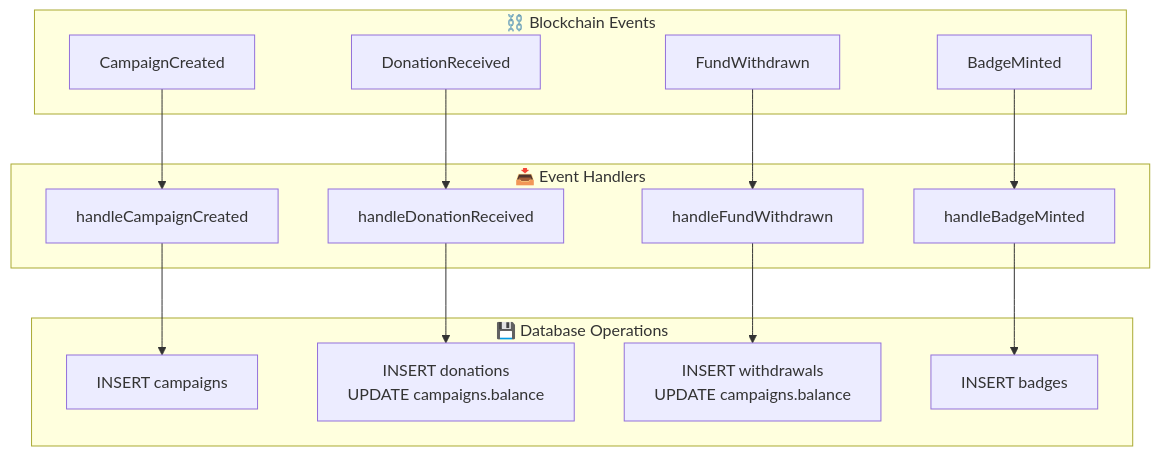
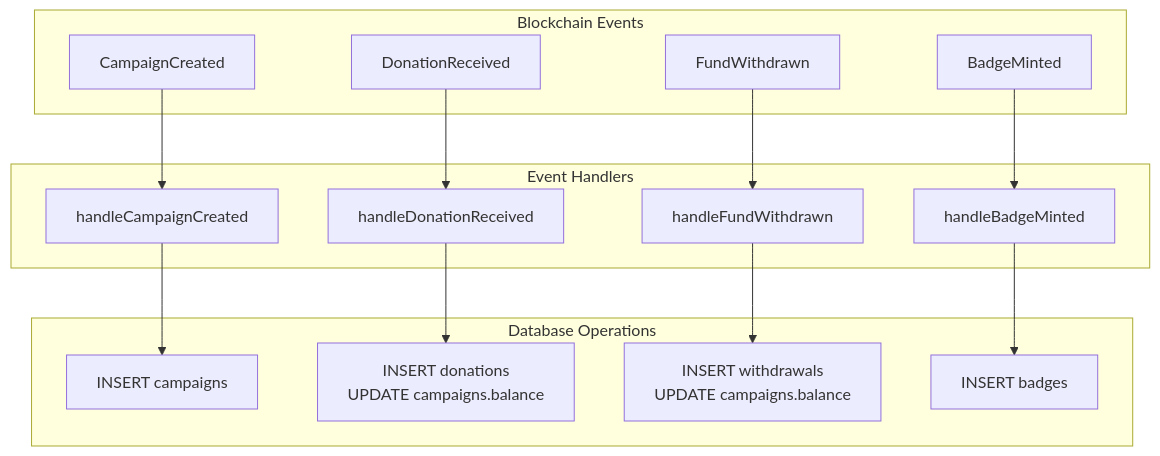
One commit to CrowdFUNding-Base/SC changed the eighth of 12 diagrams in pitching/Architecture/3. Data Flow.md. Above: the diagram before and after it, drawn with Mermaid. The commit also changed other lines of this file and 12 other files, not shown here.

````diff
--- a/pitching/Architecture/3. Data Flow.md
+++ b/pitching/Architecture/3. Data Flow.md
@@ -283,28 +283,28 @@
 ```mermaid
 flowchart TB
-    subgraph Blockchain["⛓️ Blockchain Events"]
+    subgraph Blockchain["Blockchain Events"]
         E1["CampaignCreated"]
         E2["DonationReceived"]
         E3["FundWithdrawn"]
         E4["BadgeMinted"]
     end
 
-    subgraph Handlers["📥 Event Handlers"]
+    subgraph Handlers["Event Handlers"]
         H1["handleCampaignCreated"]
         H2["handleDonationReceived"]
         H3["handleFundWithdrawn"]
         H4["handleBadgeMinted"]
     end
 
-    subgraph Operations["💾 Database Operations"]
+    subgraph Operations["Database Operations"]
         O1["INSERT campaigns"]
         O2["INSERT donations\nUPDATE campaigns.balance"]
         O3["INSERT withdrawals\nUPDATE campaigns.balance"]
         O4["INSERT badges"]
     end
 
     E1 --> H1 --> O1
     E2 --> H2 --> O2
     E3 --> H3 --> O3
     E4 --> H4 --> O4
 ```
````
